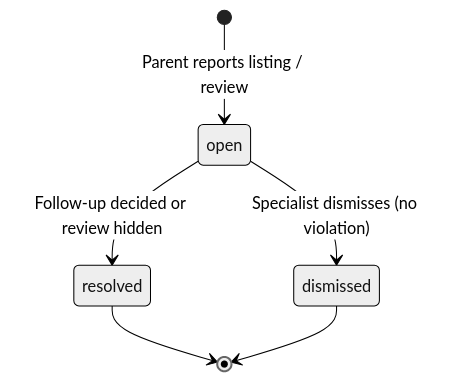
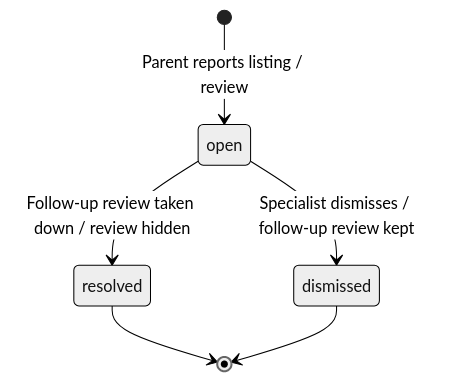
The diagram in docs/diagrams/sdd/3.12.4-state-1-content-report.mmd (SEP490-GFA26SE186/BE), drawn with Mermaid before and after one commit. The commit also changed 63 other files, not shown here.

```diff
--- a/docs/diagrams/sdd/3.12.4-state-1-content-report.mmd
+++ b/docs/diagrams/sdd/3.12.4-state-1-content-report.mmd
@@ -1,7 +1,7 @@
 %%{init: {"theme": "neutral", "themeVariables": {"fontFamily": "Arial"}}}%%
 stateDiagram-v2
   [*] --> open : Parent reports listing / review
-  open --> resolved : Follow-up decided or review hidden
-  open --> dismissed : Specialist dismisses (no violation)
+  open --> resolved : Follow-up review taken down / review hidden
+  open --> dismissed : Specialist dismisses / follow-up review kept
   resolved --> [*]
   dismissed --> [*]
```
